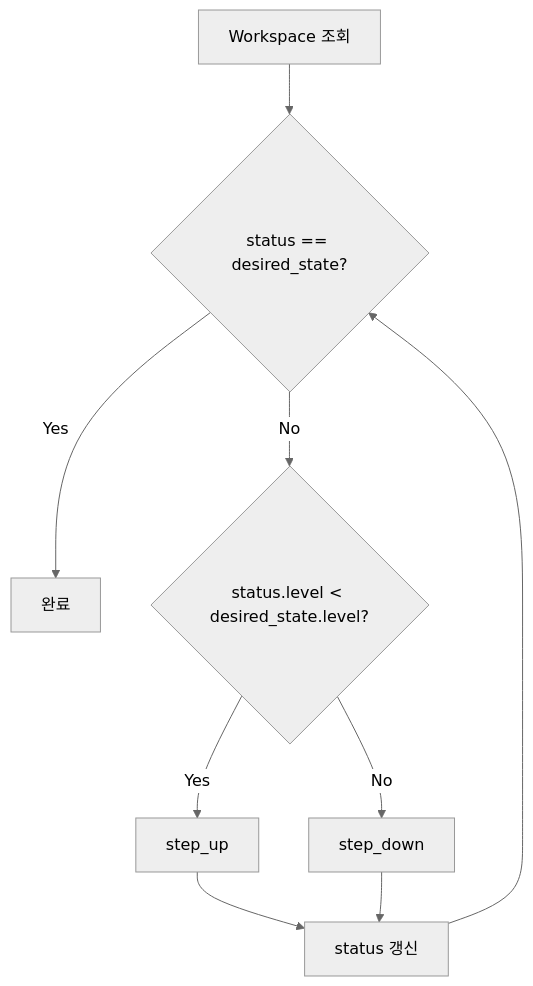
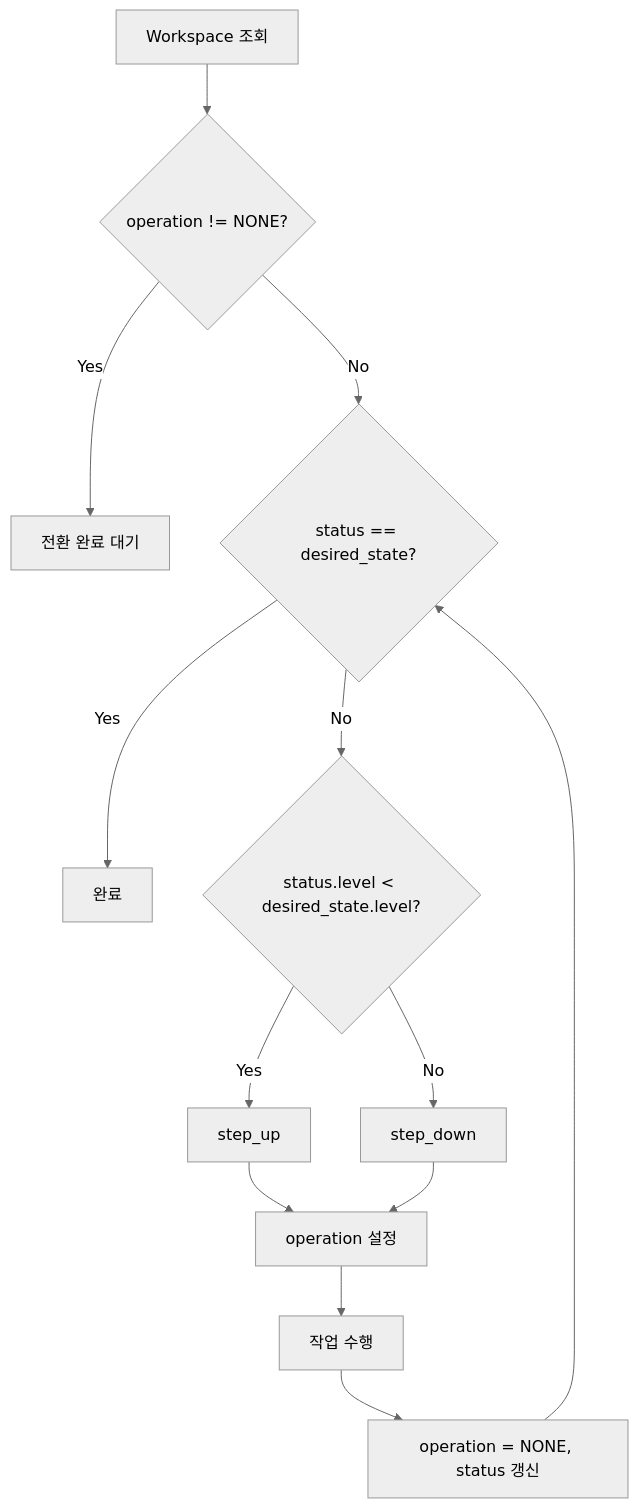
One commit to cagojeiger/code-hub changed the sixth of 6 diagrams in docs/architecture_v2/states.md. Above: the diagram before and after it, drawn with Mermaid (neutral theme). The commit also changed other lines of this file and 4 other files, not shown here.

First line of the commit message:
docs(adr): add ADR-009 for status + operation separation

````diff
--- a/docs/architecture_v2/states.md
+++ b/docs/architecture_v2/states.md
@@ -152,11 +182,15 @@
 ```mermaid
 flowchart TD
-    A[Workspace 조회] --> B{status == desired_state?}
+    A[Workspace 조회] --> A1{operation != NONE?}
+    A1 -->|Yes| A2[전환 완료 대기]
+    A1 -->|No| B{status == desired_state?}
     B -->|Yes| C[완료]
     B -->|No| D{status.level < desired_state.level?}
     D -->|Yes| E[step_up]
     D -->|No| F[step_down]
-    E --> G[status 갱신]
+    E --> G[operation 설정]
     F --> G
-    G --> B
+    G --> H[작업 수행]
+    H --> I[operation = NONE, status 갱신]
+    I --> B
 ```
````
